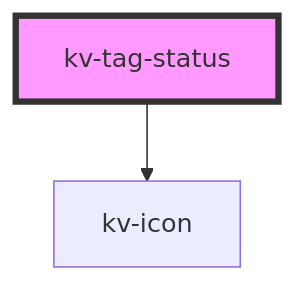
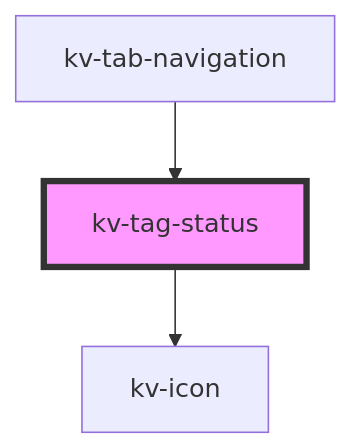
The diagram in packages/ui-components/src/components/tag-status/readme.md (kelvininc/ui-components), drawn with Mermaid before and after one commit. The commit also changed other lines of this file and 48 other files, not shown here.

First line of the commit message:
feat!: migrate badge, tab-item and tab-navigation to design tokens

````diff
--- a/packages/ui-components/src/components/tag-status/readme.md
+++ b/packages/ui-components/src/components/tag-status/readme.md
@@ -70,5 +74,6 @@
 ```mermaid
 graph TD;
   kv-tag-status --> kv-icon
+  kv-tab-navigation --> kv-tag-status
   style kv-tag-status fill:#f9f,stroke:#333,stroke-width:4px
 ```
````
